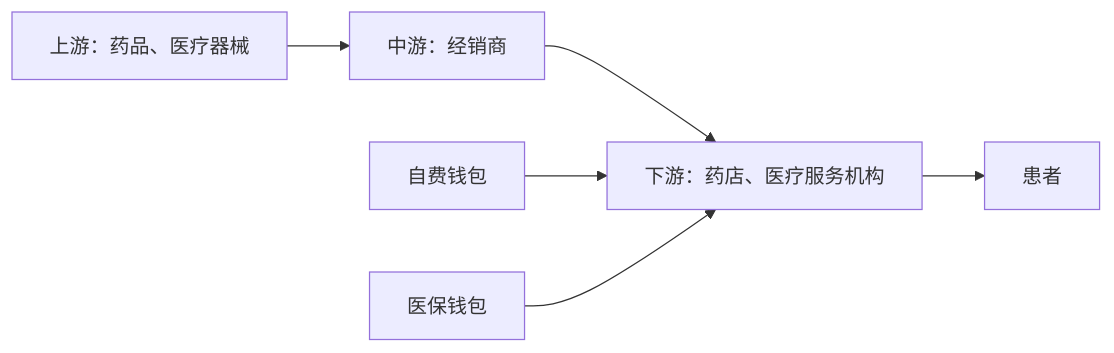
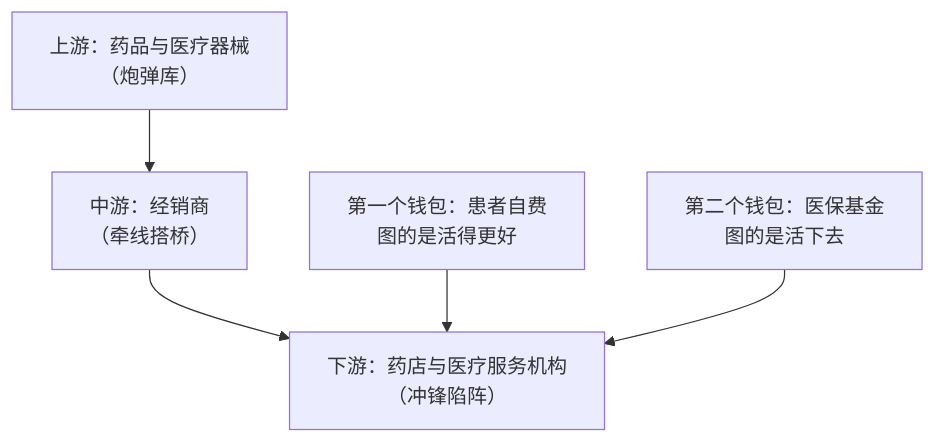
The second of 9 diagrams in _posts/2026-06-13-研究笔记——民营医院的赚钱路径.md (andy660/andy660.github.io), drawn with Mermaid before and after one commit. The commit also changed other lines of this file and 3 other files, not shown here.

````diff
--- a/_posts/2026-06-13-研究笔记——民营医院的赚钱路径.md
+++ b/_posts/2026-06-13-研究笔记——民营医院的赚钱路径.md
@@ -37,8 +50,7 @@
 ```mermaid
-flowchart LR
-    A["上游：药品、医疗器械"] --> B["中游：经销商"]
-    B --> C["下游：药店、医疗服务机构"]
-    C --> D["患者"]
-    E["自费钱包"] --> C
-    F["医保钱包"] --> C
+flowchart TB
+    A["上游：药品与医疗器械<br/>（炮弹库）"] --> B["中游：经销商<br/>（牵线搭桥）"]
+    B --> C["下游：药店与医疗服务机构<br/>（冲锋陷阵）"]
+    D["第一个钱包：患者自费<br/>图的是活得更好"] --> C
+    E["第二个钱包：医保基金<br/>图的是活下去"] --> C
 ```
````
